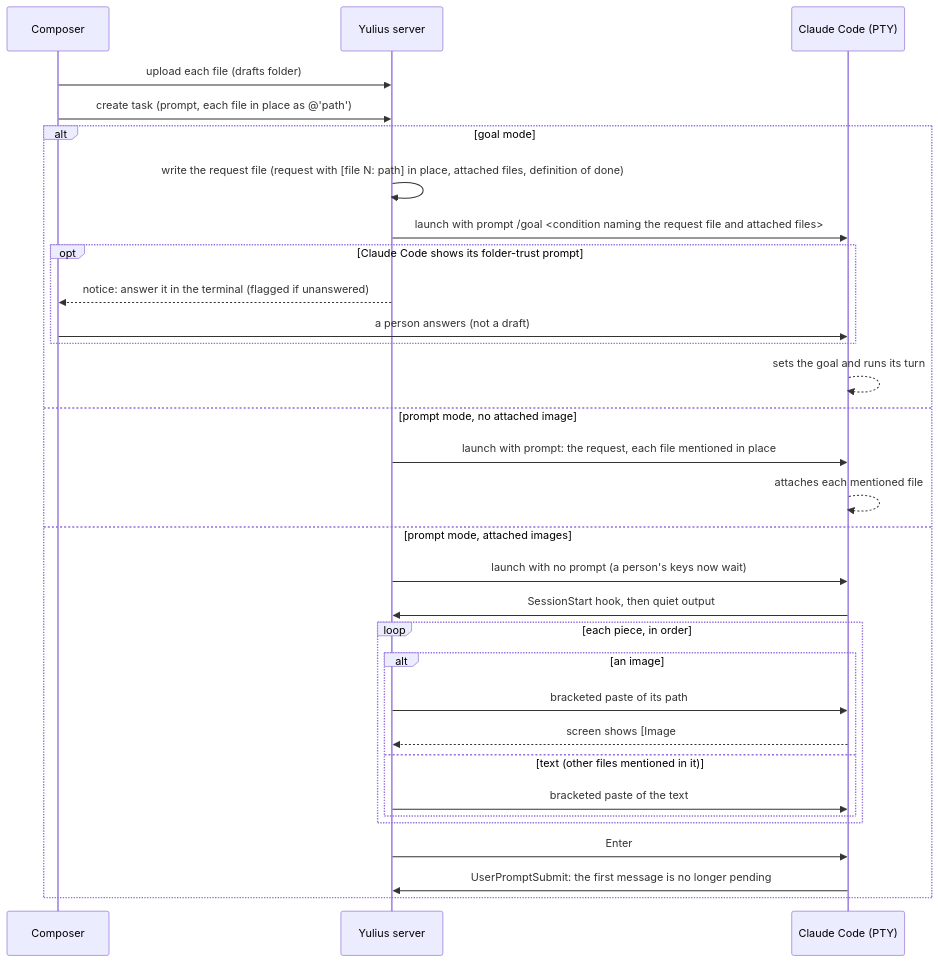
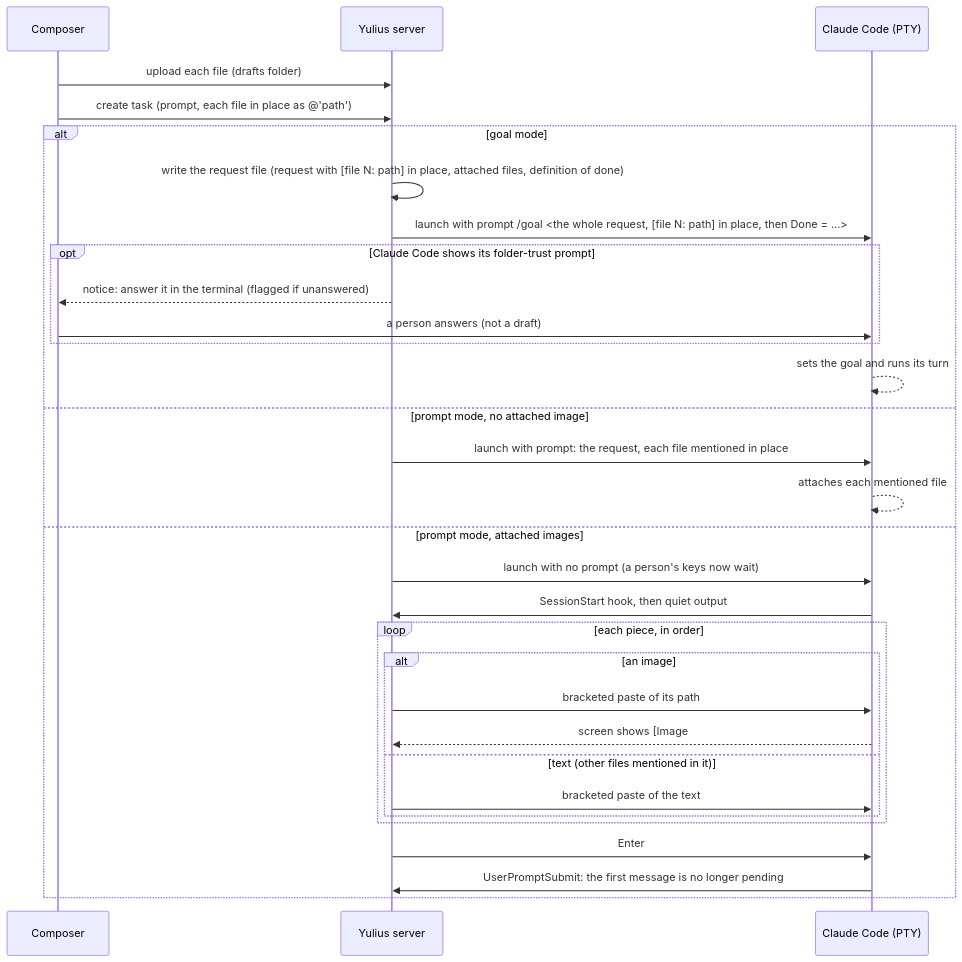
Before and after one commit to Quartio-Studio/yulius: diagram 12 of 43 in docs/architecture.md, drawn with Mermaid. The commit also changed other lines of this file and 12 other files, not shown here.

````diff
--- a/docs/architecture.md
+++ b/docs/architecture.md
@@ -455,33 +461,33 @@
 ```mermaid
 sequenceDiagram
     participant UI as Composer
     participant S as Yulius server
     participant C as Claude Code (PTY)
     UI->>S: upload each file (drafts folder)
     UI->>S: create task (prompt, each file in place as @'path')
     alt goal mode
         S->>S: write the request file (request with [file N: path] in place, attached files, definition of done)
-        S->>C: launch with prompt /goal <condition naming the request file and attached files>
+        S->>C: launch with prompt /goal <the whole request, [file N: path] in place, then Done = …>
         opt Claude Code shows its folder-trust prompt
             S-->>UI: notice: answer it in the terminal (flagged if unanswered)
             UI->>C: a person answers (not a draft)
         end
         C-->>C: sets the goal and runs its turn
     else prompt mode, no attached image
         S->>C: launch with prompt: the request, each file mentioned in place
         C-->>C: attaches each mentioned file
     else prompt mode, attached images
         S->>C: launch with no prompt (a person's keys now wait)
         C->>S: SessionStart hook, then quiet output
         loop each piece, in order
             alt an image
                 S->>C: bracketed paste of its path
                 C-->>S: screen shows [Image #N] at the cursor
             else text (other files mentioned in it)
                 S->>C: bracketed paste of the text
             end
         end
         S->>C: Enter
         C->>S: UserPromptSubmit: the first message is no longer pending
     end
 ```
````
